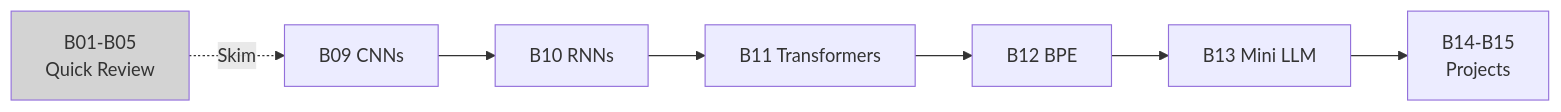
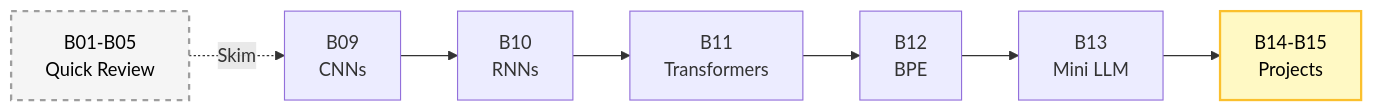
The fourth of 10 diagrams in Basic/README.md (nexageapps/AI), drawn with Mermaid before and after one commit. The commit also changed other lines of this file, not shown here.

````diff
--- a/Basic/README.md
+++ b/Basic/README.md
@@ -265,11 +267,12 @@
 ```mermaid
 graph LR
-    A[B01-B05<br/>Quick Review] -.->|Skim| B[B09 CNNs]
-    B --> C[B10 RNNs]
-    C --> D[B11 Transformers]
-    D --> E[B12 BPE]
-    E --> F[B13 Mini LLM]
-    F --> G[B14-B15<br/>Projects]
+    A["B01-B05<br/>Quick Review"] -.->|"Skim"| B["B09<br/>CNNs"]
+    B --> C["B10<br/>RNNs"]
+    C --> D["B11<br/>Transformers"]
+    D --> E["B12<br/>BPE"]
+    E --> F["B13<br/>Mini LLM"]
+    F --> G["B14-B15<br/>Projects"]
     
-    style A fill:#D3D3D3
+    style A fill:#f5f5f5,stroke:#9e9e9e,stroke-width:2px,color:#000,stroke-dasharray: 5 5
+    style G fill:#fff9c4,stroke:#fbc02d,stroke-width:2px,color:#000
 ```
````
